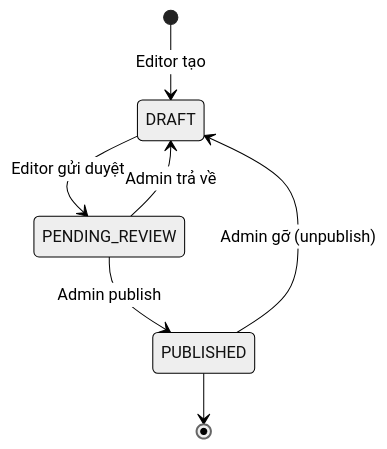
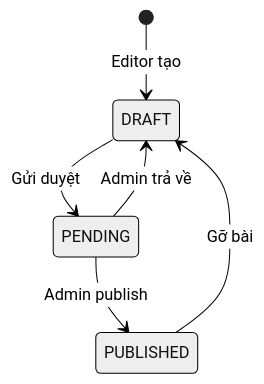
The tenth of 13 diagrams in docs/Bao-cao-Phuong-an-2-Website-Thien-Duc.md (CESxMidas/thien-duc-website-frontend), drawn with Mermaid (neutral theme) before and after one commit. The commit also changed other lines of this file and 23 other files, not shown here.

````diff
--- a/docs/Bao-cao-Phuong-an-2-Website-Thien-Duc.md
+++ b/docs/Bao-cao-Phuong-an-2-Website-Thien-Duc.md
@@ -640,9 +567,8 @@
 ```mermaid
 stateDiagram-v2
     [*] --> DRAFT: Editor tạo
-    DRAFT --> PENDING_REVIEW: Editor gửi duyệt
-    PENDING_REVIEW --> DRAFT: Admin trả về
-    PENDING_REVIEW --> PUBLISHED: Admin publish
-    PUBLISHED --> DRAFT: Admin gỡ (unpublish)
-    PUBLISHED --> [*]
+    DRAFT --> PENDING: Gửi duyệt
+    PENDING --> DRAFT: Admin trả về
+    PENDING --> PUBLISHED: Admin publish
+    PUBLISHED --> DRAFT: Gỡ bài
 ```
````
